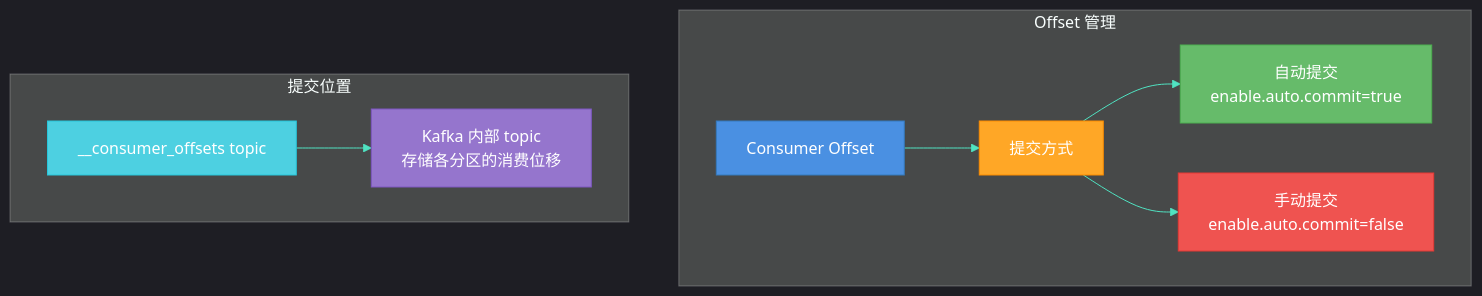
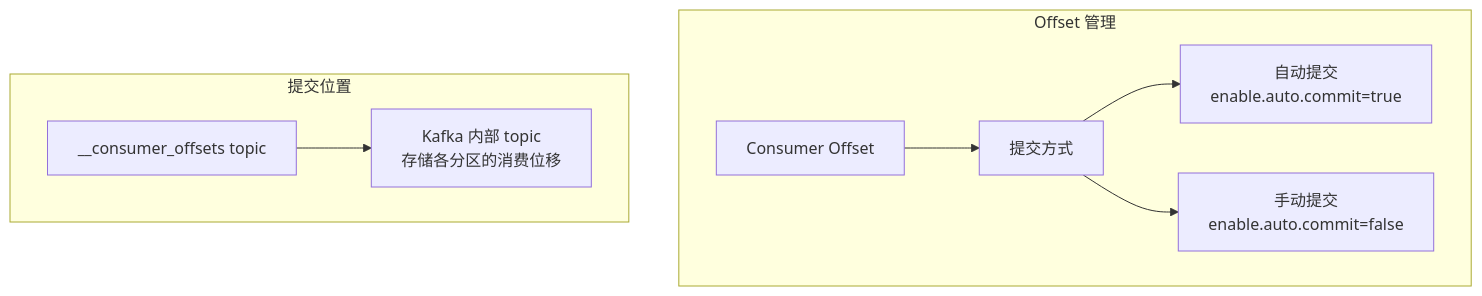
The fifth of 15 diagrams in 中间件/消息队列/kafka/第2章-核心原理.md (dd-xiaozhi/study-notes), drawn with Mermaid before and after one commit. The commit also changed other lines of this file and 45 other files, not shown here.

````diff
--- a/中间件/消息队列/kafka/第2章-核心原理.md
+++ b/中间件/消息队列/kafka/第2章-核心原理.md
@@ -331,38 +303,26 @@
 ```mermaid
-%%{init: {'theme': 'dark', 'themeVariables': {
+%%{ init: { 'theme': 'dark', 'themeVariables': {
     'primaryColor': '#4A90E2',
     'primaryTextColor': '#fff',
     'primaryBorderColor': '#357ABD',
     'lineColor': '#50E3C2',
     'secondaryColor': '#66BB6A',
     'tertiaryColor': '#9575CD',
     'noteBkgColor': '#2C3E50',
     'noteTextColor': '#ECF0F1',
     'actorBkg': '#4A90E2',
     'actorBorder': '#357ABD',
     'signalColor': '#50E3C2',
     'signalTextColor': '#fff'
-}}}%%
+} }%%
 flowchart TB
-    classDef primary fill:#4A90E2,stroke:#357ABD,color:#fff
-    classDef success fill:#66BB6A,stroke:#4CAF50,color:#fff
-    classDef warning fill:#FFA726,stroke:#FB8C00,color:#fff
-    classDef danger fill:#EF5350,stroke:#E53935,color:#fff
-    classDef purple fill:#9575CD,stroke:#7E57C2,color:#fff
-    classDef cyan fill:#4DD0E1,stroke:#26C6DA,color:#fff
     subgraph Offset 管理
         A[Consumer Offset] --> B[提交方式]
         B --> C1[自动提交<br/>enable.auto.commit=true]
         B --> C2[手动提交<br/>enable.auto.commit=false]
     end
 
     subgraph 提交位置
         D1[__consumer_offsets topic] --> D2[Kafka 内部 topic<br/>存储各分区的消费位移]
     end
-    class A primary
-    class B warning
-    class C1 success
-    class C2 danger
-    class D1 cyan
-    class D2 purple
 ```
````
